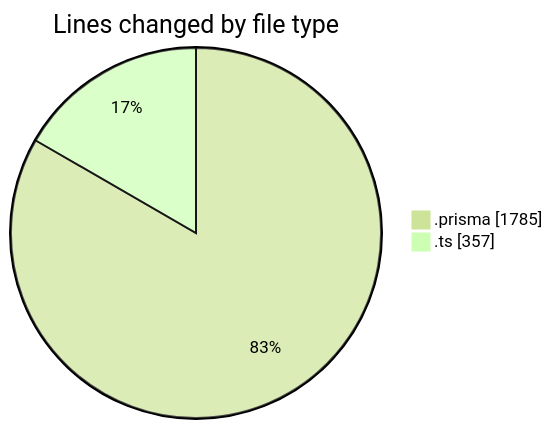
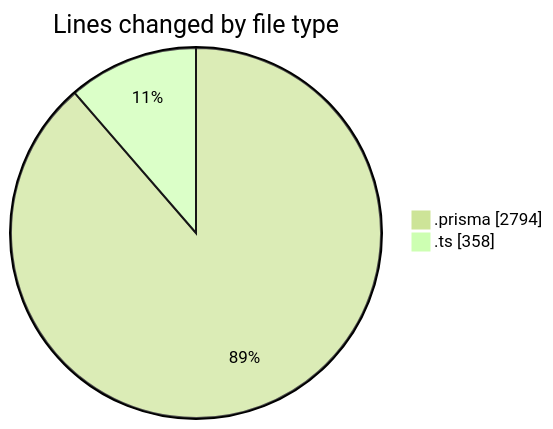
Before and after one commit to CELIANVF/code-tracking: the first of 2 diagrams in 2025-05-01/ecodeli/README.md, drawn with Mermaid (forest theme). The commit also changed other lines of this file and 1 other file, not shown here.

````diff
--- a/2025-05-01/ecodeli/README.md
+++ b/2025-05-01/ecodeli/README.md
@@ -22,6 +22,6 @@
 ```mermaid
 pie showData
 title Lines changed by file type
-".prisma" : 1785
-".ts" : 357
+".prisma" : 2794
+".ts" : 358
 ```
````
